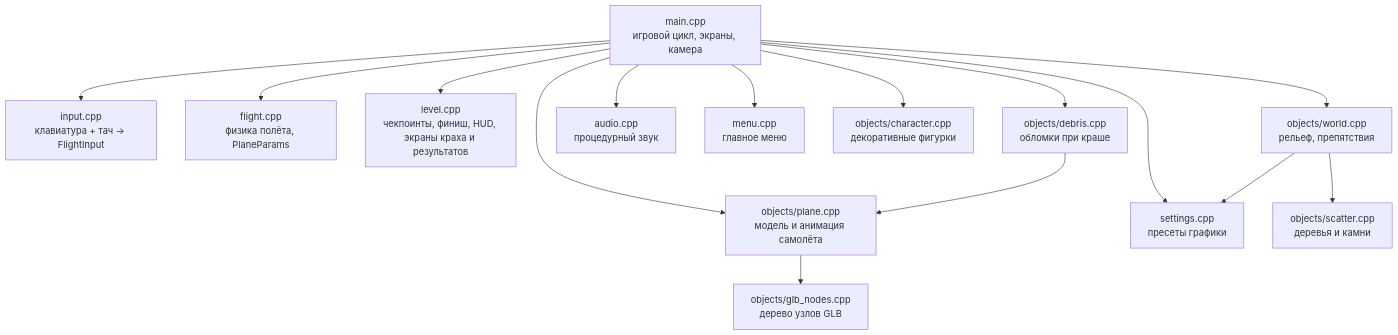
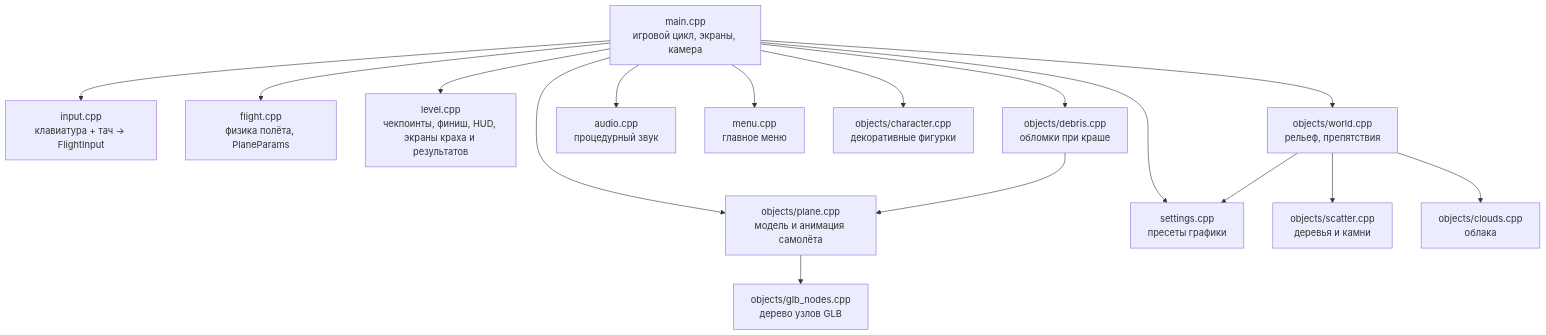
The first of 2 diagrams in docs/ARCHITECTURE.md (maratnek/claude-try-first), drawn with Mermaid before and after one commit. The commit also changed other lines of this file and 7 other files, not shown here.

````diff
--- a/docs/ARCHITECTURE.md
+++ b/docs/ARCHITECTURE.md
@@ -10,31 +10,33 @@
 ```mermaid
 flowchart TD
     main["main.cpp<br/>игровой цикл, экраны, камера"]
     input["input.cpp<br/>клавиатура + тач → FlightInput"]
     flight["flight.cpp<br/>физика полёта, PlaneParams"]
     level["level.cpp<br/>чекпоинты, финиш, HUD, экраны краха и результатов"]
     world["objects/world.cpp<br/>рельеф, препятствия"]
     plane["objects/plane.cpp<br/>модель и анимация самолёта"]
     glb["objects/glb_nodes.cpp<br/>дерево узлов GLB"]
     audio["audio.cpp<br/>процедурный звук"]
     menu["menu.cpp<br/>главное меню"]
     settings["settings.cpp<br/>пресеты графики"]
     character["objects/character.cpp<br/>декоративные фигурки"]
     scatter["objects/scatter.cpp<br/>деревья и камни"]
+    clouds["objects/clouds.cpp<br/>облака"]
 
     main --> input
     main --> flight
     main --> level
     main --> world
     main --> plane
     main --> audio
     main --> menu
     main --> settings
     main --> character
     plane --> glb
     debris["objects/debris.cpp<br/>обломки при краше"]
     main --> debris
     debris --> plane
     world --> settings
     world --> scatter
+    world --> clouds
 ```
````
